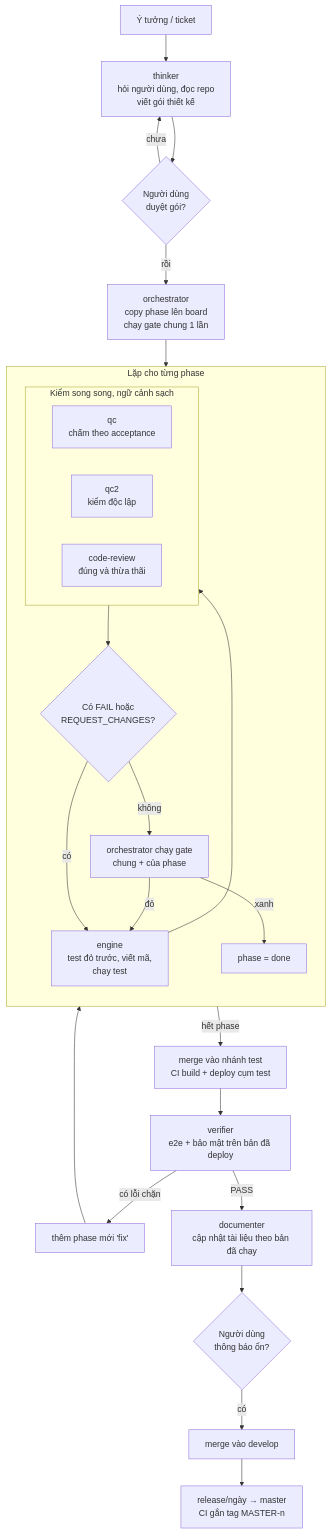
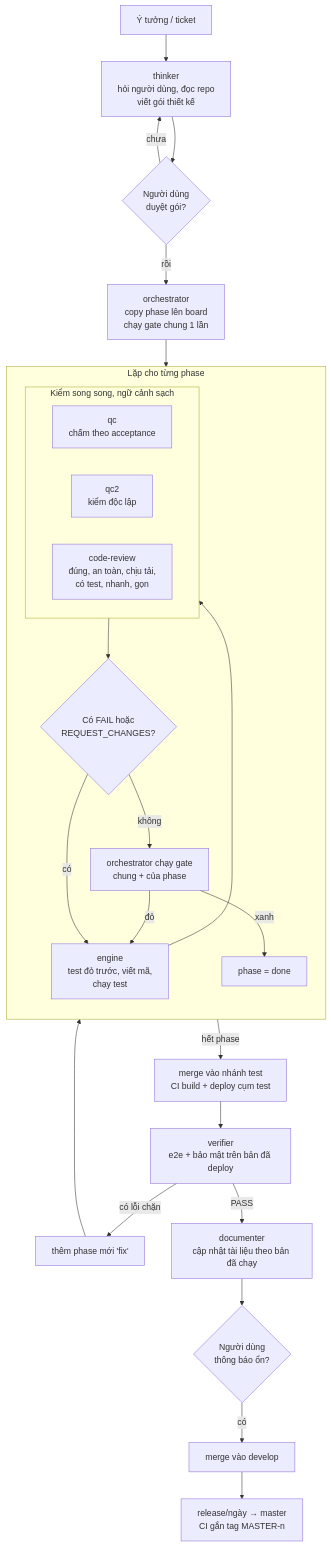
One commit to loind/sdlc changed the diagram in README.md. Above: the diagram before and after it, drawn with Mermaid. The commit also changed 9 other files, not shown here.

Commit message:
docs: cap nhat quy trinh code review theo ponytail v5.1.0

````diff
--- a/README.md
+++ b/README.md
@@ -18,30 +18,30 @@
 ```mermaid
 flowchart TD
   A["Ý tưởng / ticket"] --> B["thinker<br/>hỏi người dùng, đọc repo<br/>viết gói thiết kế"]
   B --> B2{"Người dùng<br/>duyệt gói?"}
   B2 -->|"chưa"| B
   B2 -->|"rồi"| C["orchestrator<br/>copy phase lên board<br/>chạy gate chung 1 lần"]
   C --> P
   subgraph P["Lặp cho từng phase"]
     direction TB
     E["engine<br/>test đỏ trước, viết mã,<br/>chạy test"] --> R
     subgraph R["Kiểm song song, ngữ cảnh sạch"]
       direction LR
       QC["qc<br/>chấm theo acceptance"]
       QC2["qc2<br/>kiểm độc lập"]
-      CR["code-review<br/>đúng và thừa thãi"]
+      CR["code-review<br/>đúng, an toàn, chịu tải,<br/>có test, nhanh, gọn"]
     end
     R --> V{"Có FAIL hoặc<br/>REQUEST_CHANGES?"}
     V -->|"có"| E
     V -->|"không"| G["orchestrator chạy gate<br/>chung + của phase"]
     G -->|"đỏ"| E
     G -->|"xanh"| DONE["phase = done"]
   end
   DONE -->|"hết phase"| M["merge vào nhánh test<br/>CI build + deploy cụm test"]
   M --> VF["verifier<br/>e2e + bảo mật trên bản đã deploy"]
   VF -->|"có lỗi chặn"| NP["thêm phase mới 'fix'"] --> P
   VF -->|"PASS"| DOC["documenter<br/>cập nhật tài liệu theo bản đã chạy"]
   DOC --> N{"Người dùng<br/>thông báo ổn?"}
   N -->|"có"| DEV["merge vào develop"]
   DEV --> REL["release/ngày → master<br/>CI gắn tag MASTER-n"]
 ```
````
